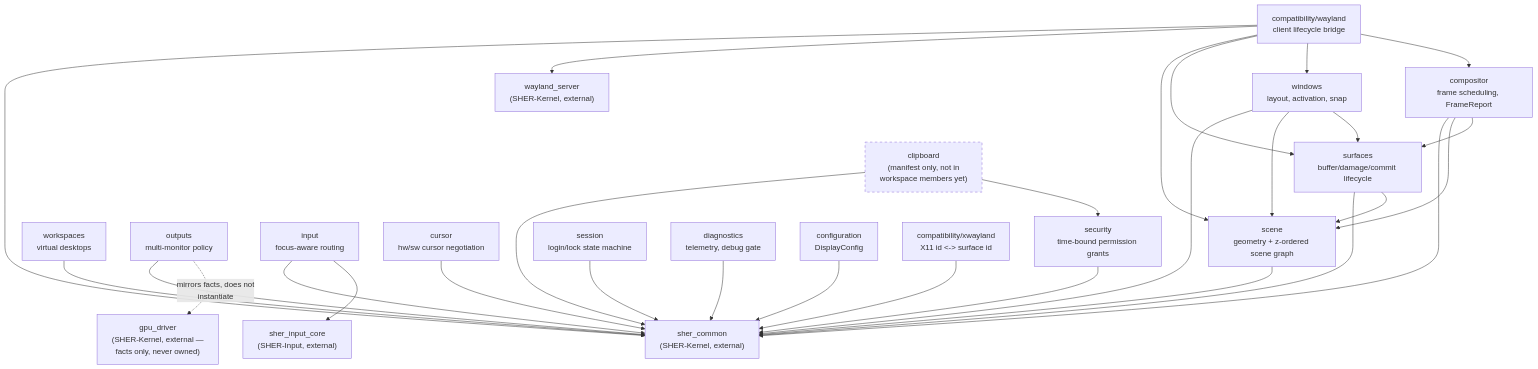
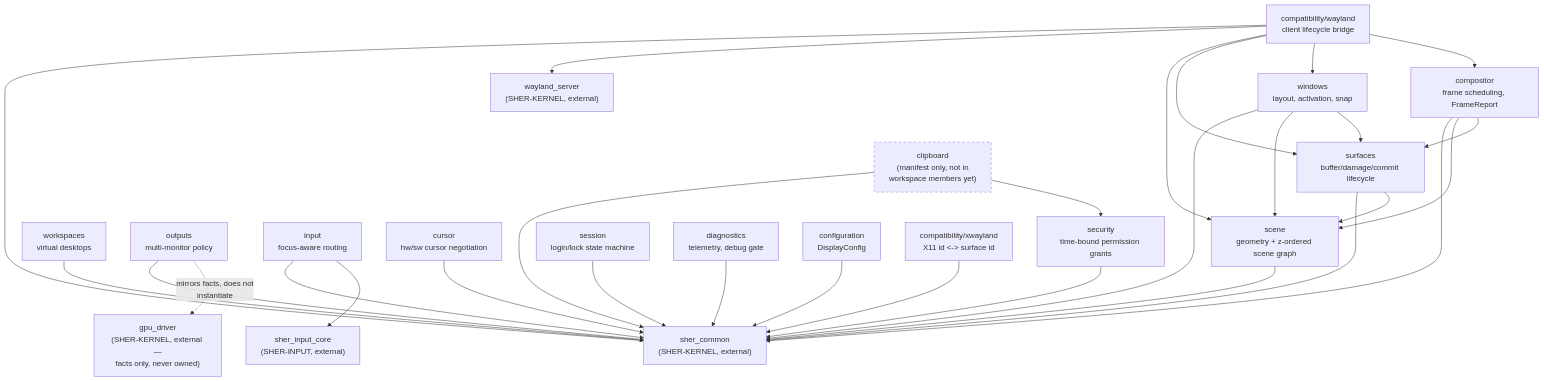
Before and after one commit to Mullassery/SHER-Display: the second of 3 diagrams in docs/architecture/README.md, drawn with Mermaid. The commit also changed other lines of this file and 11 other files, not shown here.

````diff
--- a/docs/architecture/README.md
+++ b/docs/architecture/README.md
@@ -88,56 +88,56 @@
 ```mermaid
 graph TB
-    common["sher_common\n(SHER-Kernel, external)"]
+    common["sher_common\n(SHER-KERNEL, external)"]
 
     scene["scene\ngeometry + z-ordered scene graph"]
     surfaces["surfaces\nbuffer/damage/commit lifecycle"]
     compositor["compositor\nframe scheduling, FrameReport"]
     windows["windows\nlayout, activation, snap"]
     workspaces["workspaces\nvirtual desktops"]
     outputs["outputs\nmulti-monitor policy"]
     input["input\nfocus-aware routing"]
     cursor["cursor\nhw/sw cursor negotiation"]
     security["security\ntime-bound permission grants"]
     session["session\nlogin/lock state machine"]
     diagnostics["diagnostics\ntelemetry, debug gate"]
     configuration["configuration\nDisplayConfig"]
     compat_wayland["compatibility/wayland\nclient lifecycle bridge"]
     compat_xwayland["compatibility/xwayland\nX11 id <-> surface id"]
     clipboard["clipboard\n(manifest only, not in\nworkspace members yet)"]
 
-    gpu_driver_ext["gpu_driver\n(SHER-Kernel, external —\nfacts only, never owned)"]
-    wayland_server_ext["wayland_server\n(SHER-Kernel, external)"]
-    input_core_ext["sher_input_core\n(SHER-Input, external)"]
+    gpu_driver_ext["gpu_driver\n(SHER-KERNEL, external —\nfacts only, never owned)"]
+    wayland_server_ext["wayland_server\n(SHER-KERNEL, external)"]
+    input_core_ext["sher_input_core\n(SHER-INPUT, external)"]
 
     scene --> common
     surfaces --> common
     surfaces --> scene
     compositor --> common
     compositor --> scene
     compositor --> surfaces
     windows --> common
     windows --> scene
     windows --> surfaces
     workspaces --> common
     outputs --> common
     outputs -.->|"mirrors facts, does not\ninstantiate"| gpu_driver_ext
     input --> common
     input --> input_core_ext
     cursor --> common
     security --> common
     session --> common
     diagnostics --> common
     configuration --> common
     clipboard --> common
     clipboard --> security
 
     compat_wayland --> common
     compat_wayland --> wayland_server_ext
     compat_wayland --> scene
     compat_wayland --> surfaces
     compat_wayland --> windows
     compat_wayland --> compositor
     compat_xwayland --> common
 
     style clipboard stroke-dasharray: 5 5
 ```
````
